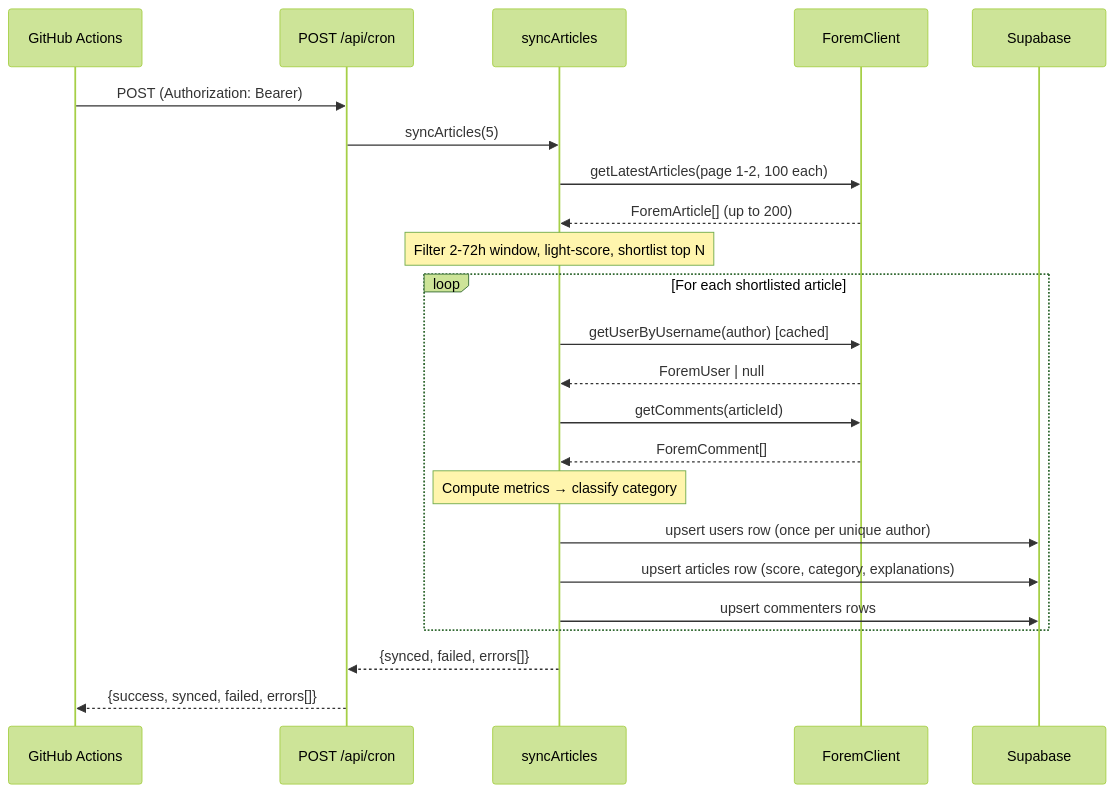
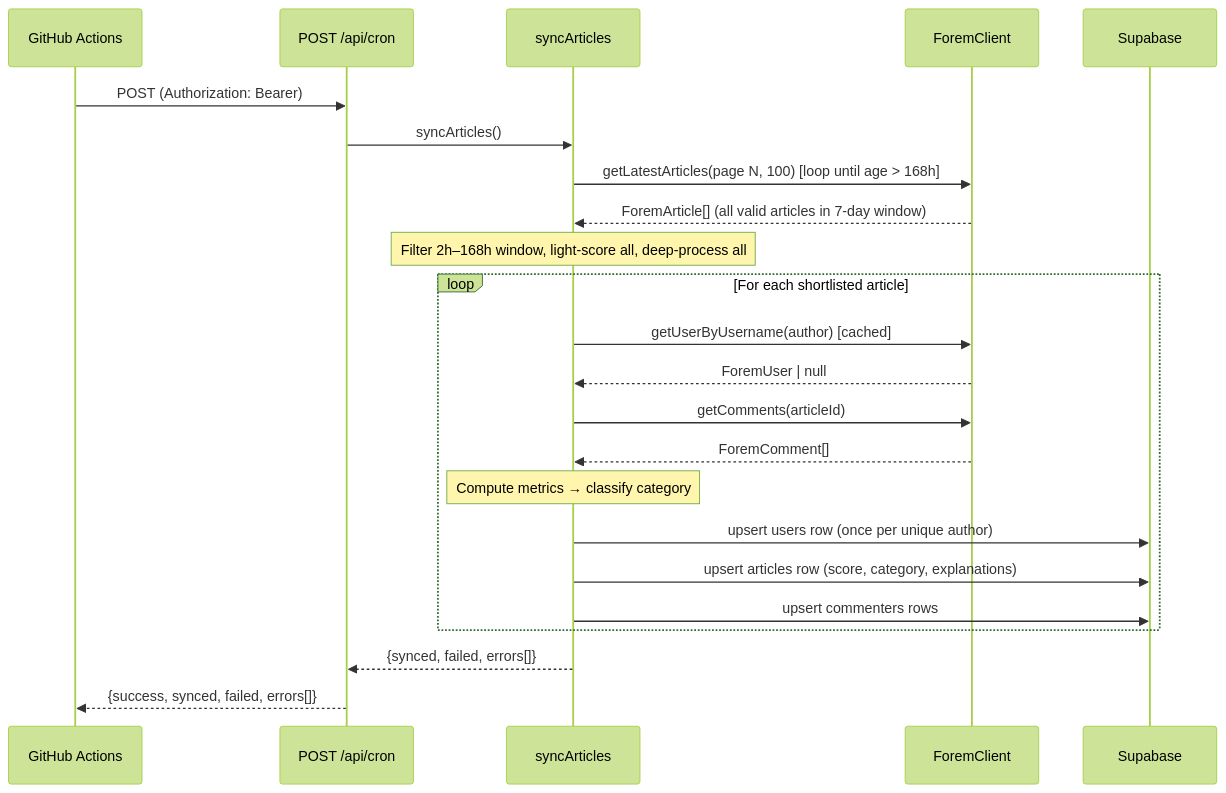
The second of 3 diagrams in README.md (ChecKMarKDevTools/dev-community-dashboard), drawn with Mermaid (forest theme) before and after one commit. The commit also changed other lines of this file and 19 other files, not shown here.

First line of the commit message:
feat(sync): precise word counts and 2-hour cron (#8)

````diff
--- a/README.md
+++ b/README.md
@@ -40,28 +40,28 @@
 ```mermaid
 sequenceDiagram
   participant GHA as GitHub Actions
   participant Cron as POST /api/cron
   participant Sync as syncArticles
   participant FC as ForemClient
   participant SB as Supabase
 
   GHA->>Cron: POST (Authorization: Bearer)
-  Cron->>Sync: syncArticles(5)
-  Sync->>FC: getLatestArticles(page 1-2, 100 each)
-  FC-->>Sync: ForemArticle[] (up to 200)
-  Note over Sync: Filter 2-72h window, light-score, shortlist top N
+  Cron->>Sync: syncArticles()
+  Sync->>FC: getLatestArticles(page N, 100) [loop until age > 168h]
+  FC-->>Sync: ForemArticle[] (all valid articles in 7-day window)
+  Note over Sync: Filter 2h–168h window, light-score all, deep-process all
 
   loop For each shortlisted article
     Sync->>FC: getUserByUsername(author) [cached]
     FC-->>Sync: ForemUser | null
     Sync->>FC: getComments(articleId)
     FC-->>Sync: ForemComment[]
     Note over Sync: Compute metrics → classify category
     Sync->>SB: upsert users row (once per unique author)
     Sync->>SB: upsert articles row (score, category, explanations)
     Sync->>SB: upsert commenters rows
   end
 
   Sync-->>Cron: {synced, failed, errors[]}
   Cron-->>GHA: {success, synced, failed, errors[]}
 ```
````
